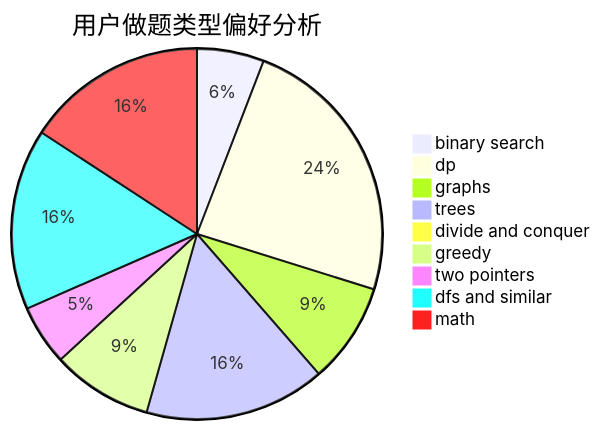
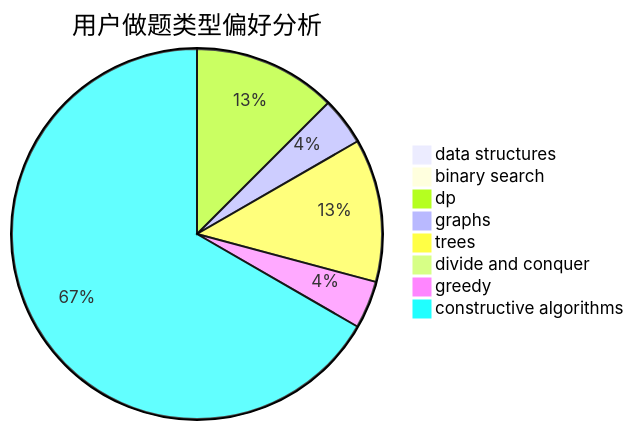
Before and after one commit to sherpahu/cfrs.github.io: the second of 3 diagrams in docs/user/u1068.md, drawn with Mermaid. The commit also changed other lines of this file and 2775 other files, not shown here.

````diff
--- a/docs/user/u1068.md
+++ b/docs/user/u1068.md
@@ -23,12 +23,11 @@
 ```mermaid
 pie title 用户做题类型偏好分析
-    "binary search" :  10
-    "dp" :  41
-    "graphs" :  15
-    "trees" :  27
+    "data structures" :  0
+    "binary search" :  0
+    "dp" :  18
+    "graphs" :  6
+    "trees" :  18
     "divide and conquer" :  0
-    "greedy" :  15
-    "two pointers" :  9
-    "dfs and similar" :  27
-    "math" :  27
+    "greedy" :  6
+    "constructive algorithms" :  96
 ```
````
